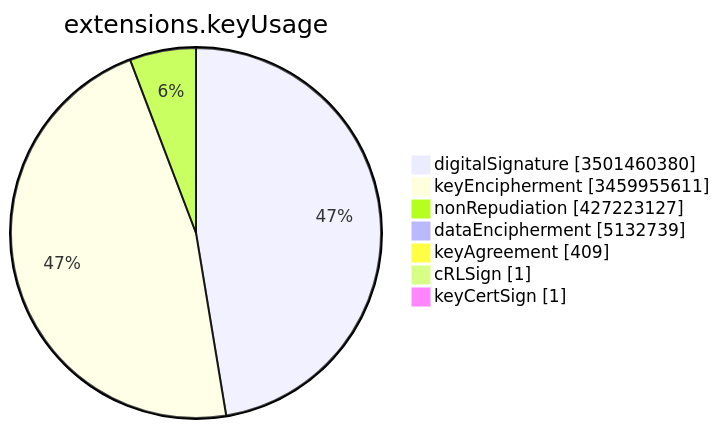
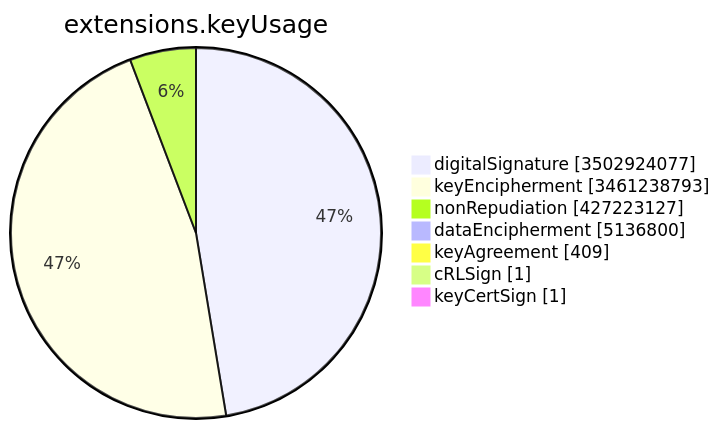
Before and after one commit to christiankrug/ctmonitor_visualization: the sixth of 15 diagrams in TOTAL/README.md, drawn with Mermaid. The commit also changed other lines of this file, not shown here.

````diff
--- a/TOTAL/README.md
+++ b/TOTAL/README.md
@@ -3083,11 +3083,11 @@
 ```mermaid
 pie showData
 title extensions.keyUsage
-"digitalSignature" :3501460380
-"keyEncipherment" :3459955611
+"digitalSignature" :3502924077
+"keyEncipherment" :3461238793
 "nonRepudiation" :427223127
-"dataEncipherment" :5132739
+"dataEncipherment" :5136800
 "keyAgreement" :409
 "cRLSign" :1
 "keyCertSign" :1
 ```
````
